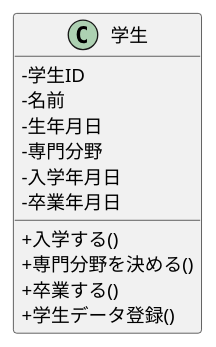
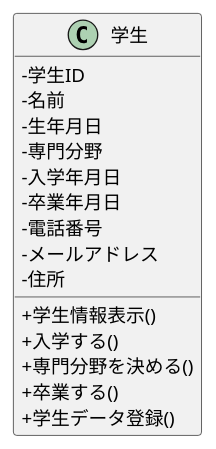
One commit to toshiyafujita/ohara_uml changed the diagram in 05_web_ronbun/class.pu. Above: the diagram before and after it, drawn with PlantUML. The commit also changed 1 other file, not shown here.

```diff
--- a/05_web_ronbun/class.pu
+++ b/05_web_ronbun/class.pu
@@ -1,17 +1,21 @@
 @startuml
 skinparam classAttributeIconSize 0
 class "学生" {
  -学生ID
  -名前
  -生年月日
  -専門分野
  -入学年月日
  -卒業年月日
+ -電話番号
+ -メールアドレス
+ -住所
+ +学生情報表示()
  +入学する()
  +専門分野を決める()
  +卒業する()
  'シーケンス図をもとに追加
  +学生データ登録()
 }
 
 @enduml
```
